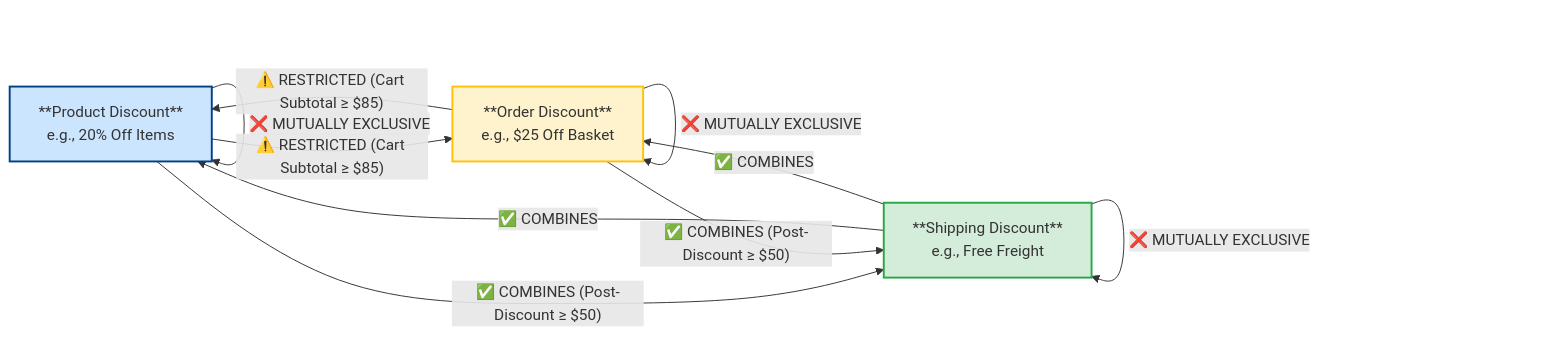
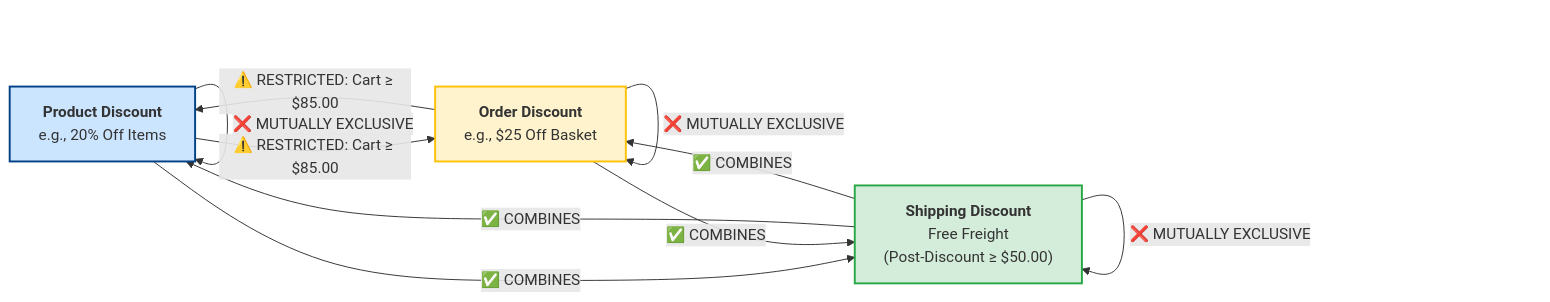
The third of 5 diagrams in domain-5-technical-diagnosis/MasterDossier-Domain5-MarginDefenseAndCartDiagnostics.md (riovicsusas/portfolio), drawn with Mermaid before and after one commit. The commit also changed other lines of this file and 1 other file, not shown here.

````diff
--- a/domain-5-technical-diagnosis/MasterDossier-Domain5-MarginDefenseAndCartDiagnostics.md
+++ b/domain-5-technical-diagnosis/MasterDossier-Domain5-MarginDefenseAndCartDiagnostics.md
@@ -154,22 +161,22 @@
 ```mermaid
 flowchart LR
-    P["**Product Discount**<br/>e.g., 20% Off Items"]
-    O["**Order Discount**<br/>e.g., $25 Off Basket"]
-    S["**Shipping Discount**<br/>e.g., Free Freight"]
+    P["<b>Product Discount</b><br/>e.g., 20% Off Items"]
+    O["<b>Order Discount</b><br/>e.g., $25 Off Basket"]
+    S["<b>Shipping Discount</b><br/>Free Freight<br/>(Post-Discount ≥ $50.00)"]
 
     P -->|"❌ MUTUALLY EXCLUSIVE"| P
-    P -->|"⚠️ RESTRICTED (Cart Subtotal ≥ $85)"| O
-    P -->|"✅ COMBINES (Post-Discount ≥ $50)"| S
+    P -->|"⚠️ RESTRICTED: Cart ≥ $85.00"| O
+    P -->|"✅ COMBINES"| S
 
-    O -->|"⚠️ RESTRICTED (Cart Subtotal ≥ $85)"| P
+    O -->|"⚠️ RESTRICTED: Cart ≥ $85.00"| P
     O -->|"❌ MUTUALLY EXCLUSIVE"| O
-    O -->|"✅ COMBINES (Post-Discount ≥ $50)"| S
+    O -->|"✅ COMBINES"| S
 
     S -->|"✅ COMBINES"| P
     S -->|"✅ COMBINES"| O
     S -->|"❌ MUTUALLY EXCLUSIVE"| S
 
     style P fill:#cce5ff,stroke:#004085,stroke-width:2px;
     style O fill:#fff3cd,stroke:#ffc107,stroke-width:2px;
     style S fill:#d4edda,stroke:#28a745,stroke-width:2px;
 ```
````
